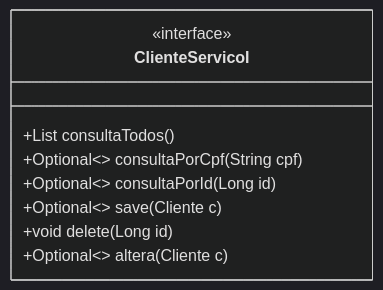
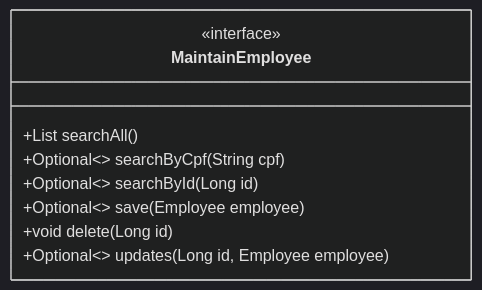
One commit to SavPets/SavPetsBackendSpring changed the first of 2 diagrams in README.md. Above: the diagram before and after it, drawn with Mermaid (dark theme). The commit also changed other lines of this file, not shown here.

````diff
--- a/README.md
+++ b/README.md
@@ -95,11 +140,12 @@
 ```mermaid
 classDiagram
- class ClienteServicoI
- <<interface>> ClienteServicoI
- ClienteServicoI : +List<Cliente> consultaTodos()
- ClienteServicoI : +Optional<<Cliente>> consultaPorCpf(String cpf)
- ClienteServicoI : +Optional<<Cliente>> consultaPorId(Long id)
- ClienteServicoI : +Optional<<Cliente>> save(Cliente c)
- ClienteServicoI : +void delete (Long id)
- ClienteServicoI : +Optional<<Cliente>> altera (Cliente c)
+ class MaintainEmployee 
+ <<interface>> MaintainEmployee 
+ MaintainEmployee  : +	List searchAll()
+ MaintainEmployee  : +Optional<<Employee>> searchByCpf(String cpf)
+ MaintainEmployee  : +Optional<<Employee>> searchById(Long id)
+ MaintainEmployee  : +Optional<<Employee>> save(Employee employee)
+ MaintainEmployee  : +void delete (Long id)
+ MaintainEmployee  : +Optional<<Employee>> updates(Long id, Employee employee)
+
 ```
````
